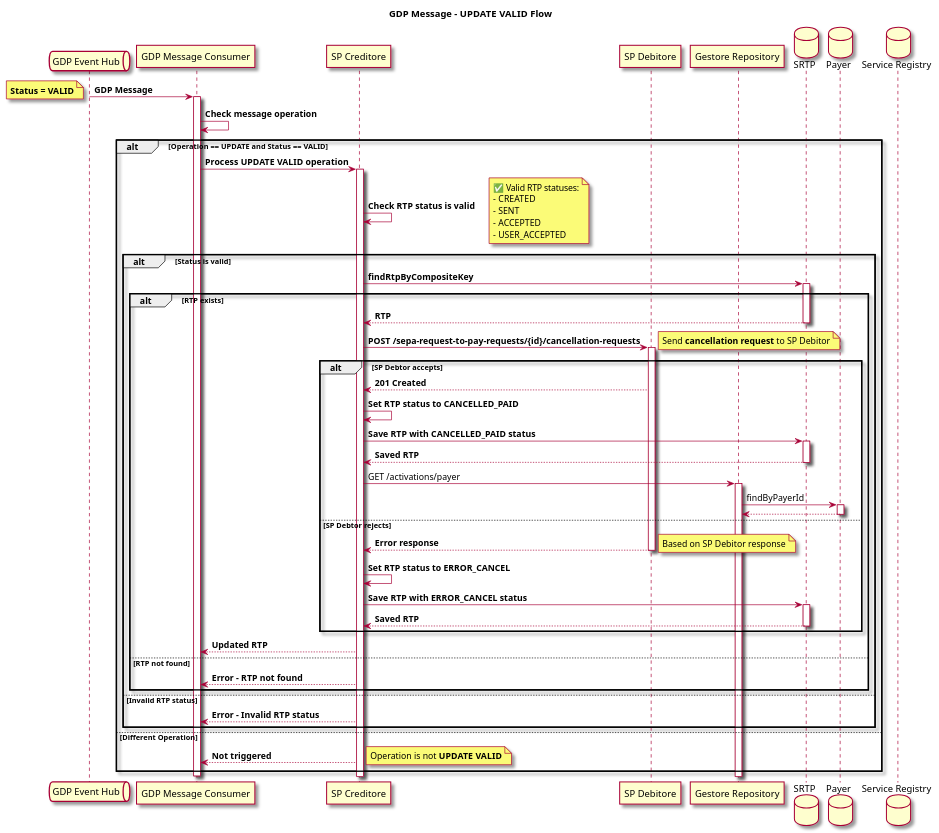
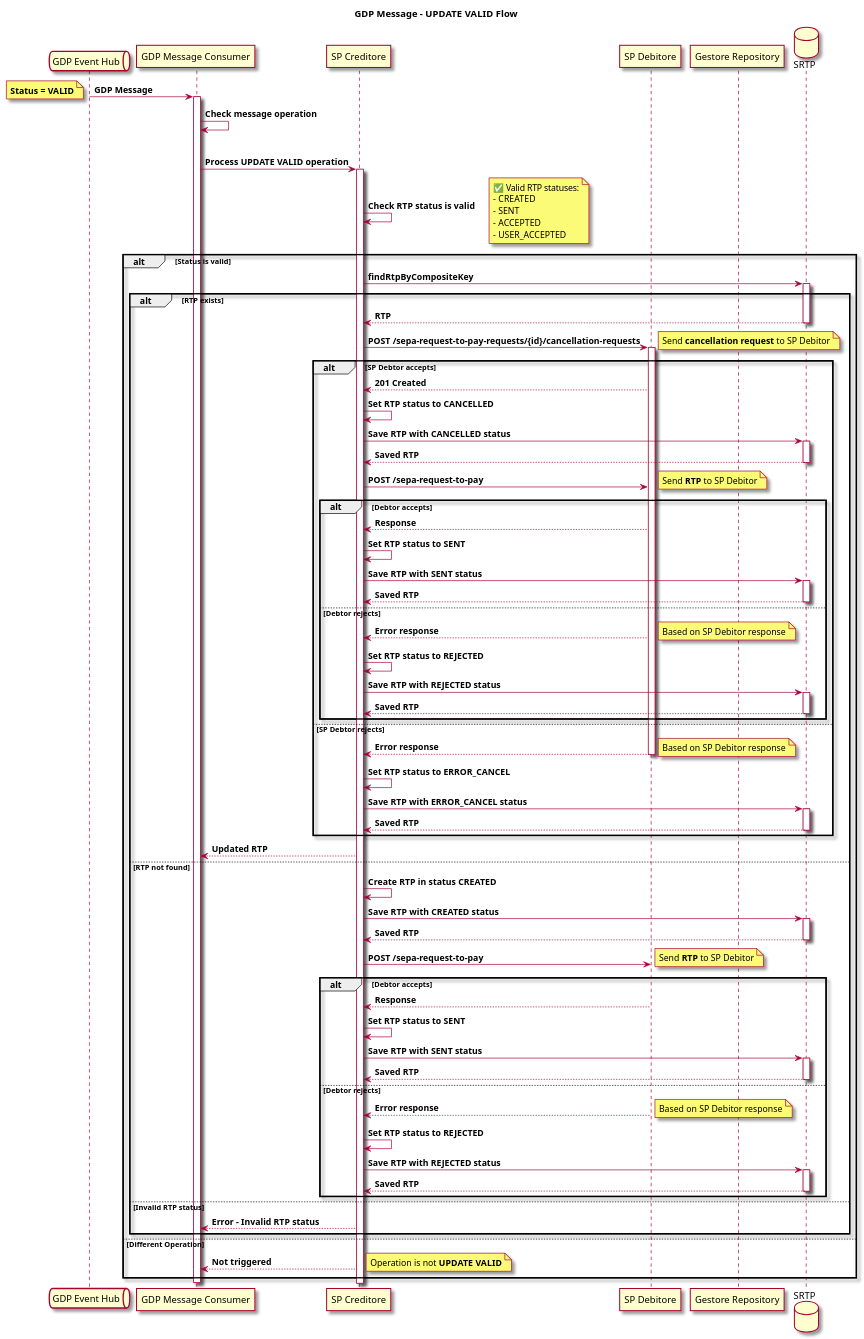
One commit to pagopa/rtp-docs changed the diagram in diagrams/update-valid-queue-schema.puml. Above: the diagram before and after it, drawn with PlantUML.

Commit message:
feat: [SRTP-829] add abridged send flow in update valid puml

```diff
--- a/diagrams/update-valid-queue-schema.puml
+++ b/diagrams/update-valid-queue-schema.puml
@@ -1,91 +1,136 @@
 @startuml
 skin rose
 title GDP Message - **UPDATE VALID** Flow
 
 queue "GDP Event Hub" as Queue
 participant "GDP Message Consumer" as Consumer
 participant "SP Creditore" as SPC
 participant "SP Debitore" as SPD
 participant "Gestore Repository" as GR
 database "SRTP" as SRTP
-database "Payer" as Payer
-database "Service Registry" as Registry
 
 Queue -> Consumer: **GDP Message**
 note left: **Status = VALID**
 
 activate Consumer
 Consumer -> Consumer: **Check message operation**
 alt **Operation == UPDATE** and **Status == VALID**
   Consumer -> SPC: **Process UPDATE VALID operation**
   activate SPC
 
   SPC -> SPC: **Check RTP status is valid**
   note right
     ✅ Valid RTP statuses:
     - CREATED
     - SENT
     - ACCEPTED
     - USER_ACCEPTED
   end note
 
   alt **Status is valid**
 
     SPC -> SRTP: **findRtpByCompositeKey**
     activate SRTP
 
     alt **RTP exists**
       SRTP --> SPC: **RTP**
       deactivate SRTP
 
       SPC -> SPD: **POST /sepa-request-to-pay-requests/{id}/cancellation-requests**
       note right: Send **cancellation request** to SP Debitor
       activate SPD
 
       alt **SP Debtor accepts**
         SPD --> SPC: **201 Created**
 
-        SPC -> SPC: **Set RTP status to CANCELLED_PAID**
+        SPC -> SPC: **Set RTP status to CANCELLED**
 
-        SPC -> SRTP: **Save RTP with CANCELLED_PAID status**
+        SPC -> SRTP: **Save RTP with CANCELLED status**
         activate SRTP
         SRTP --> SPC: **Saved RTP**
         deactivate SRTP
 
-        SPC -> GR: GET /activations/payer
-        activate GR
-        GR -> Payer: findByPayerId
-        activate Payer
-        Payer --> GR
-        deactivate Payer
+        SPC -> SPD: **POST /sepa-request-to-pay**
+        note right: Send **RTP** to SP Debitor
+
+        alt **Debtor accepts**
+          SPD --> SPC: **Response**
+
+          SPC -> SPC: **Set RTP status to SENT**
+
+          SPC -> SRTP: **Save RTP with SENT status**
+          activate SRTP
+          SRTP --> SPC: **Saved RTP**
+          deactivate SRTP
+
+        else **Debtor rejects**
+          SPD --> SPC: **Error response**
+          note right: Based on SP Debitor response
+
+          SPC -> SPC: **Set RTP status to REJECTED**
+
+          SPC -> SRTP: **Save RTP with REJECTED status**
+          activate SRTP
+          SRTP --> SPC: **Saved RTP**
+          deactivate SRTP
+        end
 
       else **SP Debtor rejects**
         SPD --> SPC: **Error response**
         note right: Based on SP Debitor response
         deactivate SPD
 
         SPC -> SPC: **Set RTP status to ERROR_CANCEL**
 
         SPC -> SRTP: **Save RTP with ERROR_CANCEL status**
         activate SRTP
         SRTP --> SPC: **Saved RTP**
         deactivate SRTP
       end
 
       SPC --> Consumer: **Updated RTP**
 
     else **RTP not found**
-      SPC --> Consumer: **Error – RTP not found**
+      SPC -> SPC: **Create RTP in status CREATED**
+
+      SPC -> SRTP: **Save RTP with CREATED status**
+      activate SRTP
+      SRTP --> SPC: **Saved RTP**
+      deactivate SRTP
+
+      SPC -> SPD: **POST /sepa-request-to-pay**
+      note right: Send **RTP** to SP Debitor
+
+      alt **Debtor accepts**
+        SPD --> SPC: **Response**
+
+        SPC -> SPC: **Set RTP status to SENT**
+
+        SPC -> SRTP: **Save RTP with SENT status**
+        activate SRTP
+        SRTP --> SPC: **Saved RTP**
+        deactivate SRTP
+
+      else **Debtor rejects**
+        SPD --> SPC: **Error response**
+        note right: Based on SP Debitor response
+
+        SPC -> SPC: **Set RTP status to REJECTED**
+
+        SPC -> SRTP: **Save RTP with REJECTED status**
+        activate SRTP
+        SRTP --> SPC: **Saved RTP**
+        deactivate SRTP
     end
 
   else **Invalid RTP status**
     SPC --> Consumer: **Error – Invalid RTP status**
   end
 
 else **Different Operation**
   SPC --> Consumer: **Not triggered**
   note right: Operation is not **UPDATE VALID**
 end
 
 deactivate Consumer
 @enduml
```
